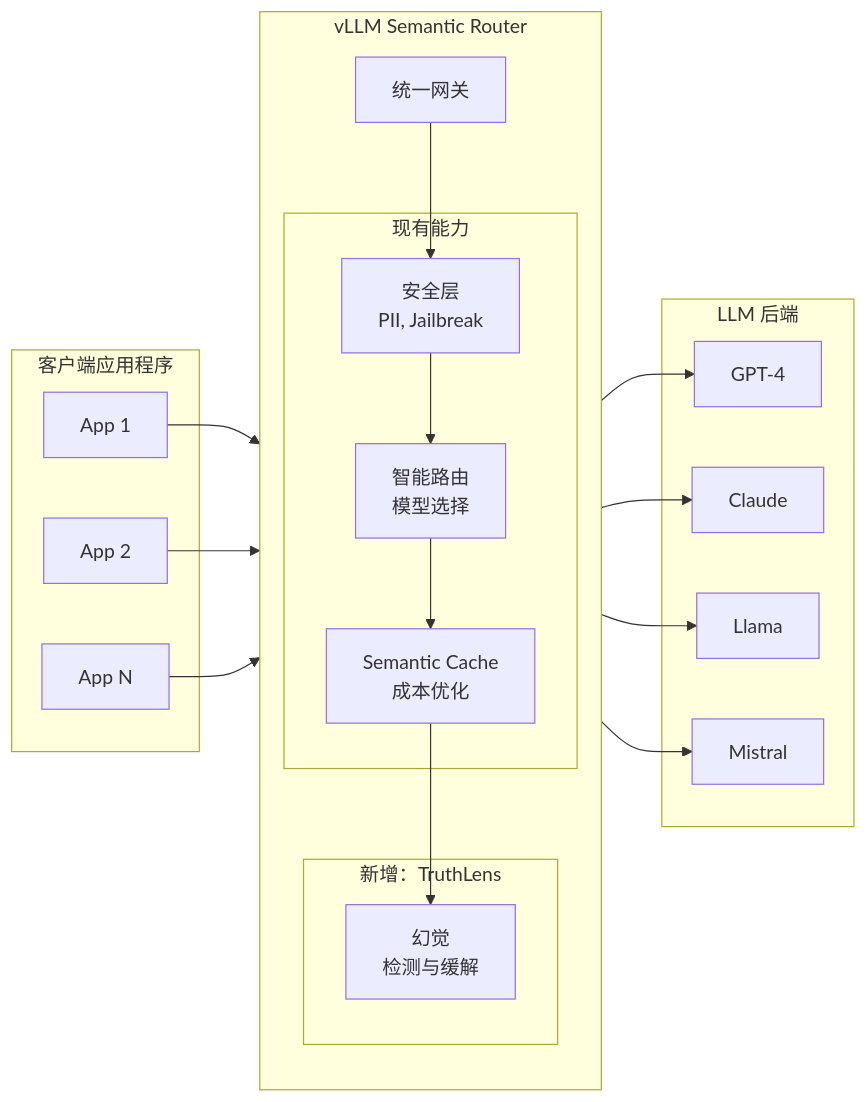
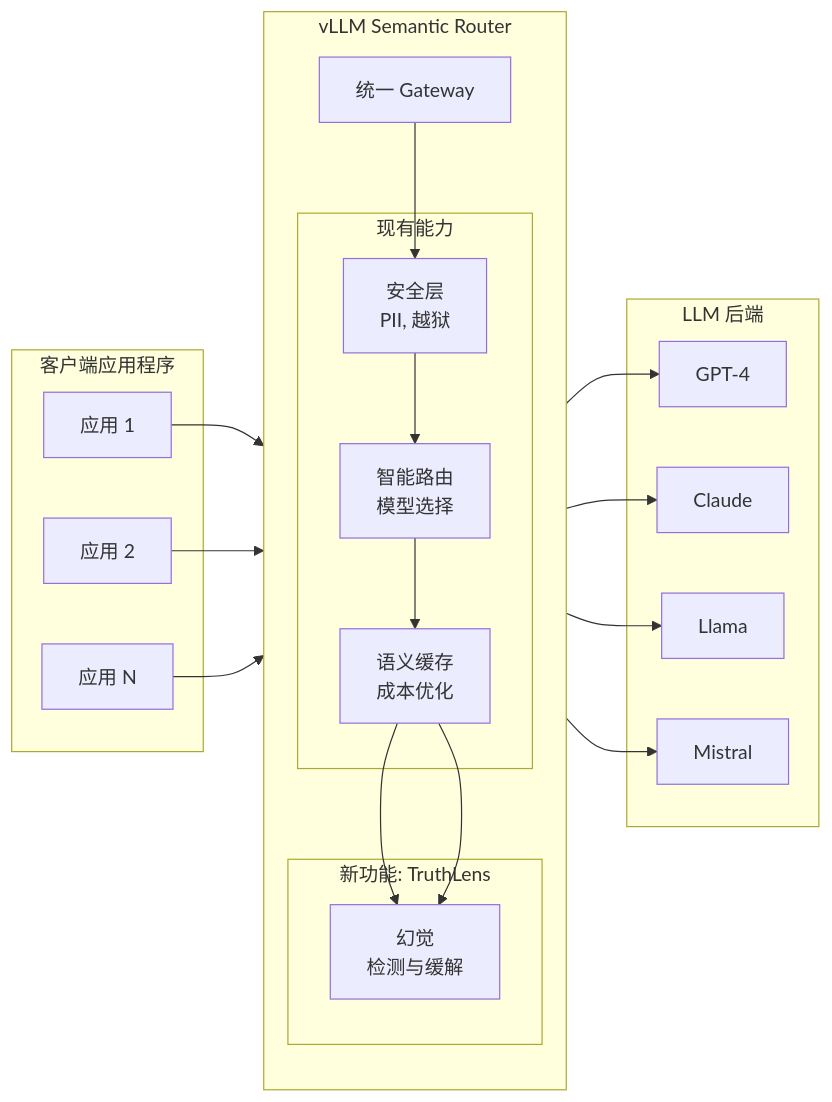
One commit to vllm-project/semantic-router changed the second of 7 diagrams in website/i18n/zh-Hans/docusaurus-plugin-content-docs/current/proposals/hallucination-mitigation-milestone.md. Above: the diagram before and after it, drawn with Mermaid. The commit also changed other lines of this file and 1 other file, not shown here.

````diff
--- a/website/i18n/zh-Hans/docusaurus-plugin-content-docs/current/proposals/hallucination-mitigation-milestone.md
+++ b/website/i18n/zh-Hans/docusaurus-plugin-content-docs/current/proposals/hallucination-mitigation-milestone.md
@@ -65,44 +65,45 @@
 ```mermaid
 flowchart LR
     subgraph "客户端应用程序"
-        APP1[App 1]
-        APP2[App 2]
-        APP3[App N]
+        APP1[应用 1]
+        APP2[应用 2]
+        APP3[应用 N]
     end
 
     subgraph "vLLM Semantic Router"
         direction TB
-        GW[统一网关]
+        GW[统一 Gateway]
 
         subgraph "现有能力"
-            SEC[安全层<br/>PII, Jailbreak]
+            SEC[安全层<br/>PII, 越狱]
             ROUTE[智能路由<br/>模型选择]
-            CACHE[Semantic Cache<br/>成本优化]
+            CACHE[语义缓存<br/>成本优化]
         end
 
-        subgraph "新增：TruthLens"
+        subgraph "新功能: TruthLens"
             HALL[幻觉<br/>检测与缓解]
         end
     end
 
     subgraph "LLM 后端"
         LLM1[GPT-4]
         LLM2[Claude]
         LLM3[Llama]
         LLM4[Mistral]
     end
 
     APP1 --> GW
     APP2 --> GW
     APP3 --> GW
 
     GW --> SEC
     SEC --> ROUTE
     ROUTE --> CACHE
     CACHE --> HALL
+    CACHE --> HALL
 
     HALL --> LLM1
     HALL --> LLM2
     HALL --> LLM3
     HALL --> LLM4
 ```
````
